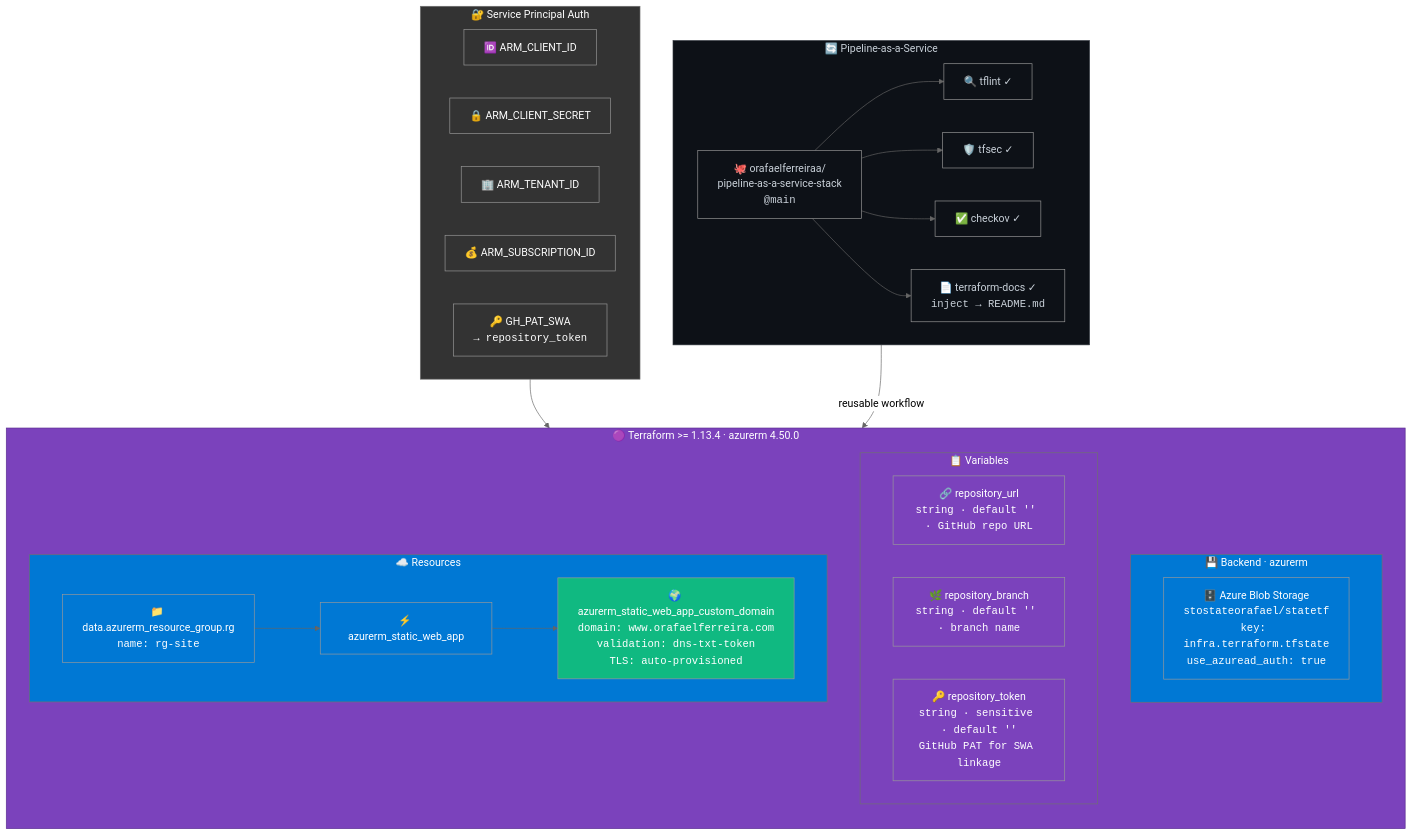
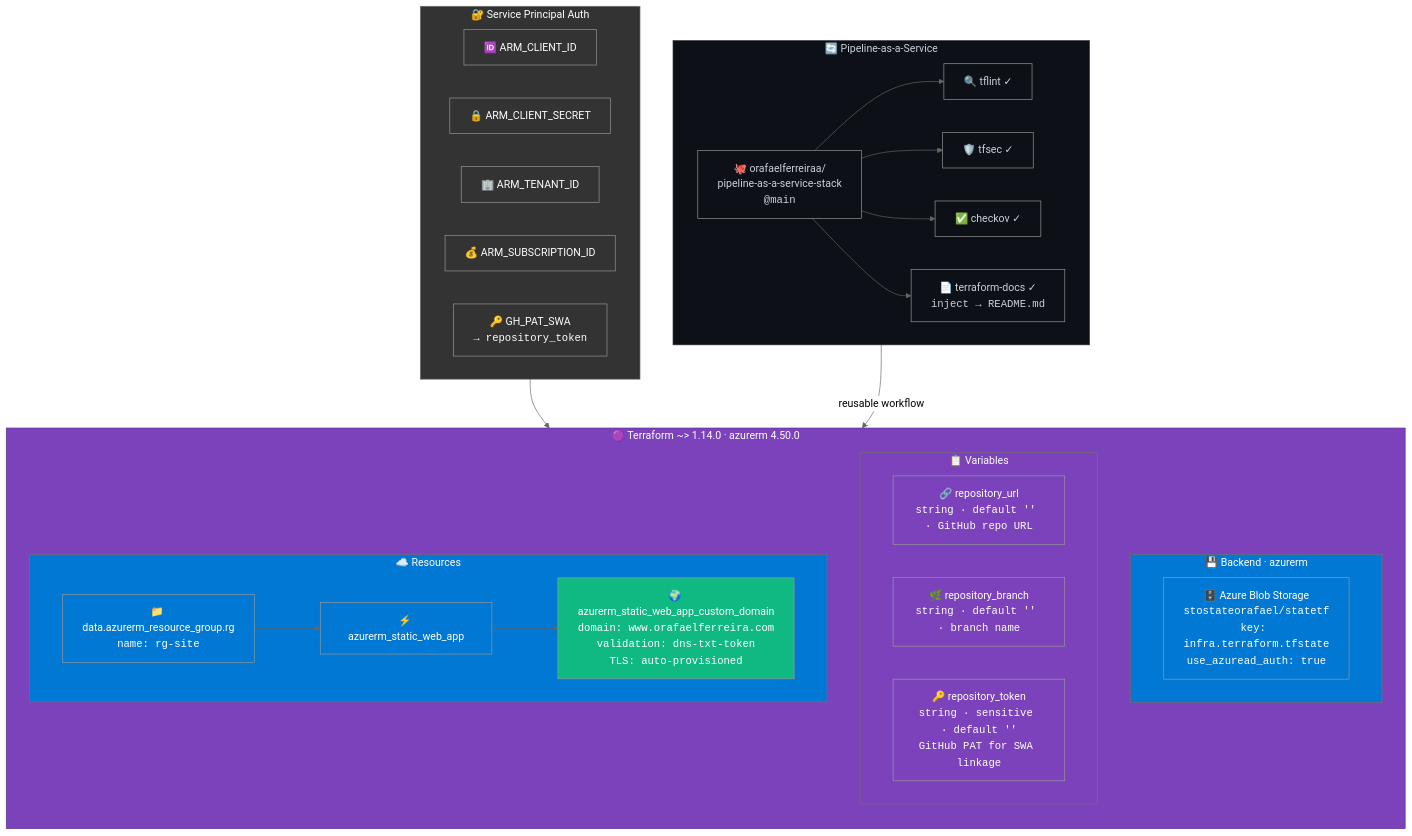
Before and after one commit to orafaelferreiraa/orafaelferreira-com: the fifth of 5 diagrams in README.md, drawn with Mermaid (neutral theme). The commit also changed other lines of this file and 4 other files, not shown here.

````diff
--- a/README.md
+++ b/README.md
@@ -405,71 +405,71 @@
 ```mermaid
 flowchart TB
-    subgraph tf["🟣 Terraform >= 1.13.4 · azurerm 4.50.0"]
+    subgraph tf["🟣 Terraform ~> 1.14.0 · azurerm 4.50.0"]
         direction TB
         
         subgraph backend["💾 Backend · azurerm"]
             state["🗄️ Azure Blob Storage<br/><code>stostateorafael/statetf<br/>key: infra.terraform.tfstate<br/>use_azuread_auth: true</code>"]
         end
 
         subgraph vars["📋 Variables"]
             v1["🔗 repository_url<br/><code>string · default '' · GitHub repo URL</code>"]
             v2["🌿 repository_branch<br/><code>string · default '' · branch name</code>"]
             v3["🔑 repository_token<br/><code>string · sensitive · default ''<br/>GitHub PAT for SWA linkage</code>"]
         end
 
         subgraph resources["☁️ Resources"]
             data_rg["📁 data.azurerm_resource_group.rg<br/><code>name: rg-site</code>"]
             swa_res["⚡ azurerm_static_web_app"]
             domain["🌍 azurerm_static_web_app_custom_domain<br/><code>domain: www.orafaelferreira.com<br/>validation: dns-txt-token<br/>TLS: auto-provisioned</code>"]
         end
 
         data_rg --> swa_res
         swa_res --> domain
     end
 
     subgraph auth["🔐 Service Principal Auth"]
         direction LR
         arm_client["🆔 ARM_CLIENT_ID"]
         arm_secret["🔒 ARM_CLIENT_SECRET"]
         arm_tenant["🏢 ARM_TENANT_ID"]
         arm_sub["💰 ARM_SUBSCRIPTION_ID"]
         gh_pat["🔑 GH_PAT_SWA<br/><code>→ repository_token</code>"]
     end
 
     subgraph pipeline_svc["🔄 Pipeline-as-a-Service"]
         direction LR
         paas["🐙 orafaelferreiraa/<br/>pipeline-as-a-service-stack<br/><code>@main</code>"]
         paas_tflint["🔍 tflint ✓"]
         paas_tfsec["🛡️ tfsec ✓"]
         paas_checkov["✅ checkov ✓"]
         paas_docs["📄 terraform-docs ✓<br/><code>inject → README.md</code>"]
         paas --> paas_tflint & paas_tfsec & paas_checkov & paas_docs
     end
 
     auth --> tf
     pipeline_svc -->|"reusable workflow"| tf
 
     style tf fill:#7B42BC,color:#fff,stroke:#5a2d91
     style backend fill:#0078D4,color:#fff
     style resources fill:#0078D4,color:#fff
     style vars fill:#7B42BC,color:#fff
     style auth fill:#333,color:#fff
     style pipeline_svc fill:#0d1117,color:#c9d1d9,stroke:#30363d
     style state fill:#0078D4,color:#fff
     style data_rg fill:#0078D4,color:#fff
     style swa_res fill:#0078D4,color:#fff
     style domain fill:#10b981,color:#fff
     style v1 fill:#7B42BC,color:#fff
     style v2 fill:#7B42BC,color:#fff
     style v3 fill:#7B42BC,color:#fff
     style arm_client fill:#333,color:#fff
     style arm_secret fill:#333,color:#fff
     style arm_tenant fill:#333,color:#fff
     style arm_sub fill:#333,color:#fff
     style gh_pat fill:#333,color:#fff
     style paas fill:#0d1117,color:#c9d1d9
     style paas_tflint fill:#0d1117,color:#c9d1d9
     style paas_tfsec fill:#0d1117,color:#c9d1d9
     style paas_checkov fill:#0d1117,color:#c9d1d9
     style paas_docs fill:#0d1117,color:#c9d1d9
 ```
````
